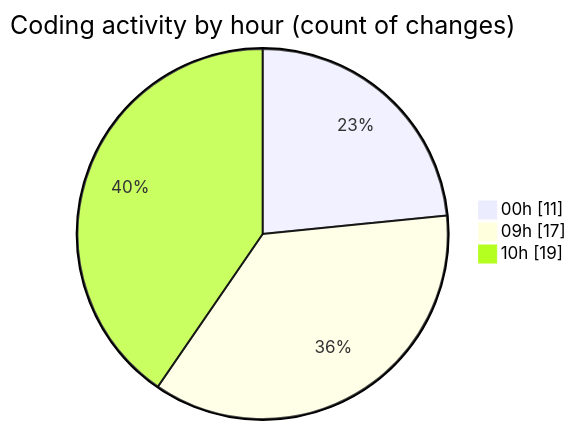
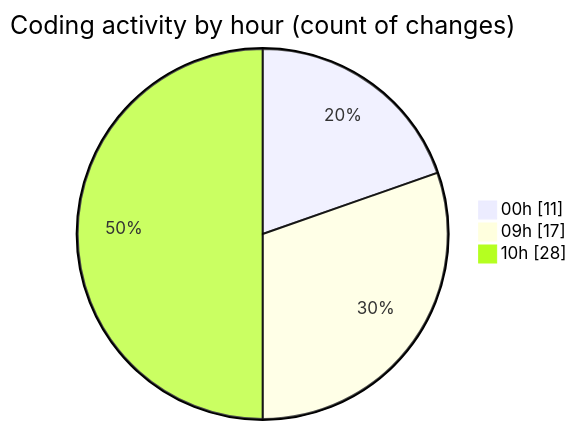
Before and after one commit to momahboobian/code-tracking: the second of 2 diagrams in 2026-09-02/cda/README.md, drawn with Mermaid. The commit also changed other lines of this file and 1 other file, not shown here.

````diff
--- a/2026-09-02/cda/README.md
+++ b/2026-09-02/cda/README.md
@@ -35,7 +35,7 @@
 ```mermaid
 pie showData
 title Coding activity by hour (count of changes)
 "00h" : 11
 "09h" : 17
-"10h" : 19
+"10h" : 28
 ```
````
